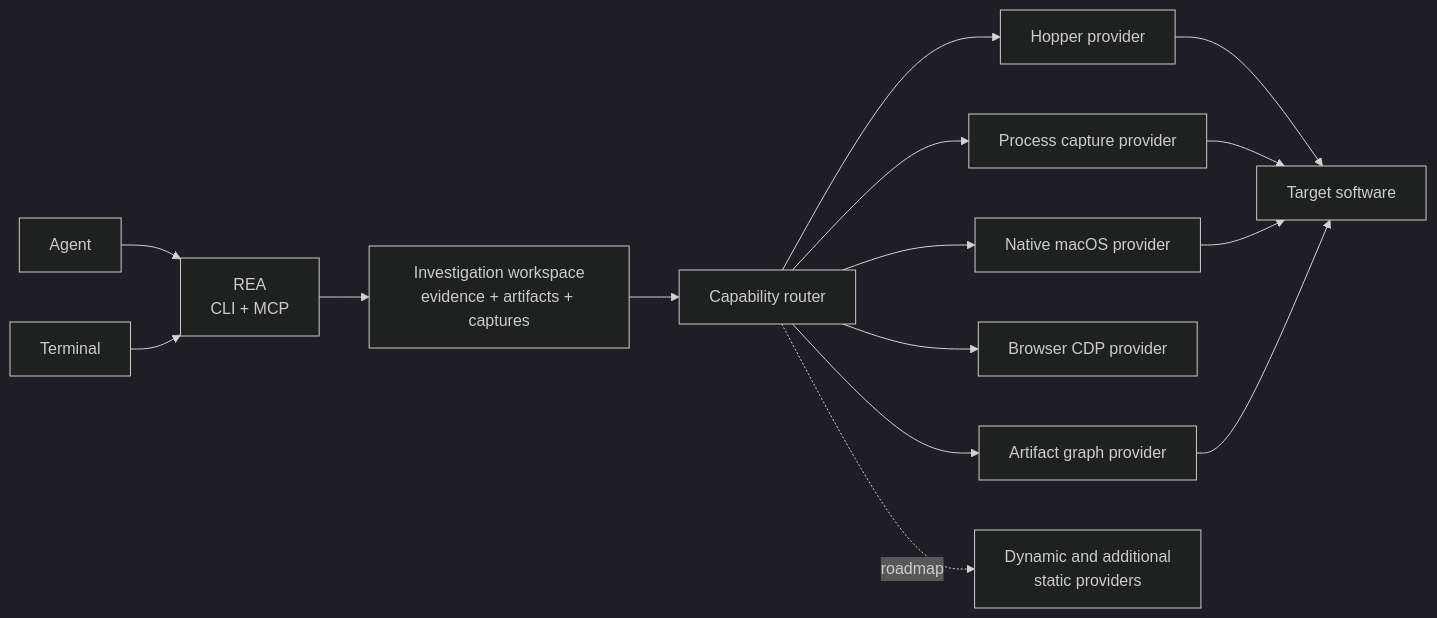
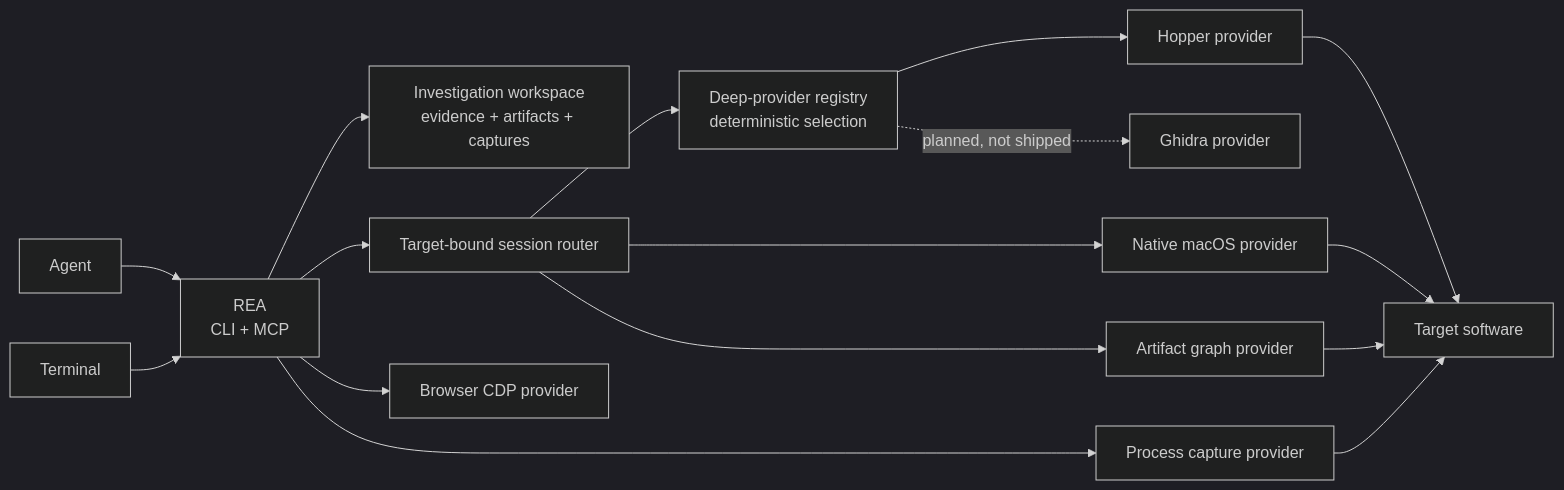
One commit to bryankwandou/rea changed the diagram in README.md. Above: the diagram before and after it, drawn with Mermaid (dark theme). The commit also changed other lines of this file and 173 other files, not shown here.

First line of the commit message:
feat(session): add explicit provider registry and target binding

````diff
--- a/README.md
+++ b/README.md
@@ -407,17 +408,18 @@
 ```mermaid
 flowchart LR
     Agent["Agent"] --> REA["REA<br/>CLI + MCP"]
     Terminal --> REA
     REA --> Workspace["Investigation workspace<br/>evidence + artifacts + captures"]
-    Workspace --> Router["Capability router"]
-    Router --> Hopper["Hopper provider"]
-    Router --> Native["Native macOS provider"]
-    Router --> Artifact["Artifact graph provider"]
-    Router --> Browser["Browser CDP provider"]
-    Router --> Process["Process capture provider"]
-    Router -. roadmap .-> More["Dynamic and additional<br/>static providers"]
+    REA --> Session["Target-bound session router"]
+    Session --> Registry["Deep-provider registry<br/>deterministic selection"]
+    Registry --> Hopper["Hopper provider"]
+    Registry -. planned, not shipped .-> Ghidra["Ghidra provider"]
+    Session --> Native["Native macOS provider"]
+    Session --> Artifact["Artifact graph provider"]
+    REA --> Browser["Browser CDP provider"]
+    REA --> Process["Process capture provider"]
     Hopper --> Target["Target software"]
     Process --> Target
     Native --> Target
     Artifact --> Target
 ```
````
